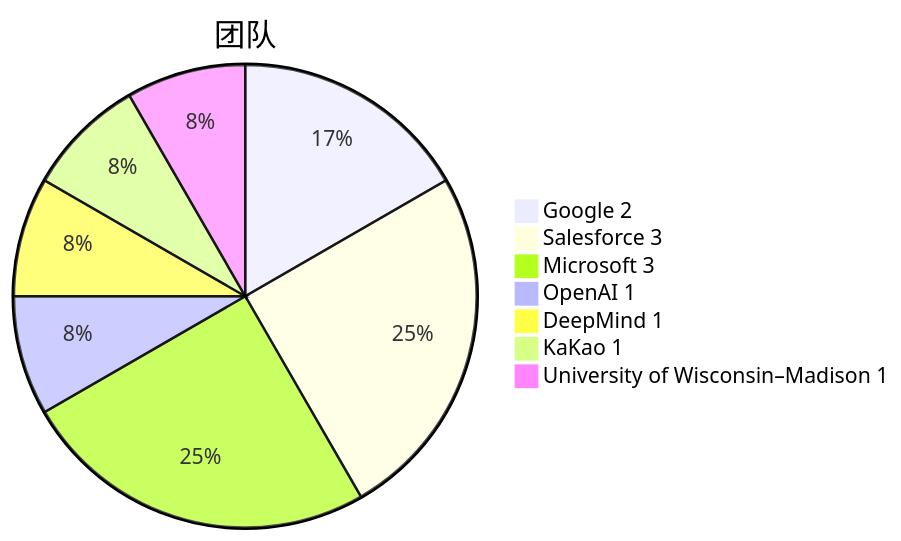
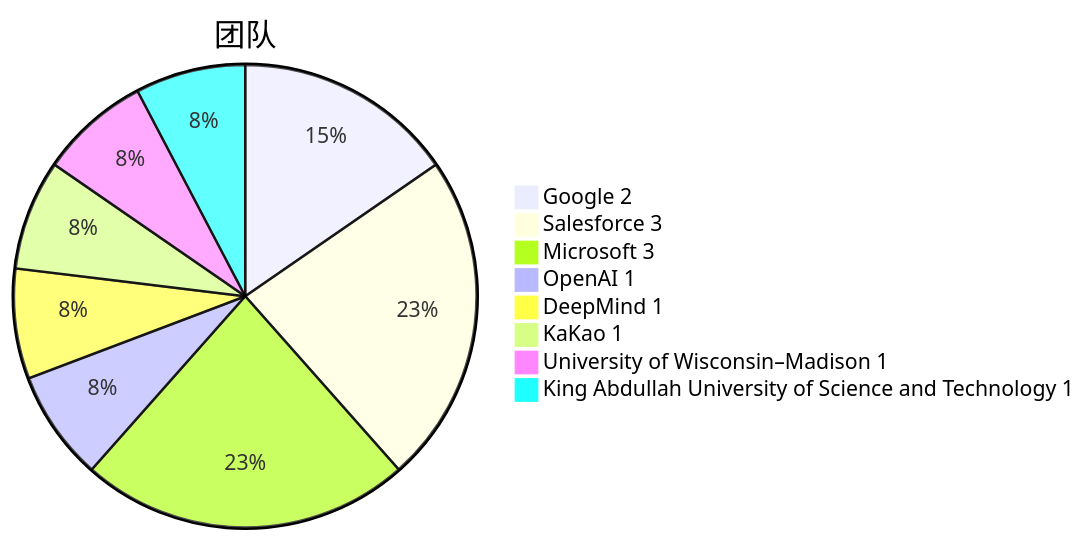
One commit to Elephant-King9/Paper changed the third of 6 diagrams in Base_Model/VLM+VLLM/analyse.md. Above: the diagram before and after it, drawn with Mermaid. The commit also changed other lines of this file and 4 other files, not shown here.

````diff
--- a/Base_Model/VLM+VLLM/analyse.md
+++ b/Base_Model/VLM+VLLM/analyse.md
@@ -47,10 +48,11 @@
 ```mermaid
 pie title 团队
 		"Google 2" : 2
 		"Salesforce 3" : 3
 		"Microsoft 3" : 3
 		"OpenAI 1" : 1
 		"DeepMind 1" : 1
 		"KaKao 1" : 1
 		"University of Wisconsin–Madison 1" : 1
+		"King Abdullah University of Science and Technology 1" : 1
 ```
````
